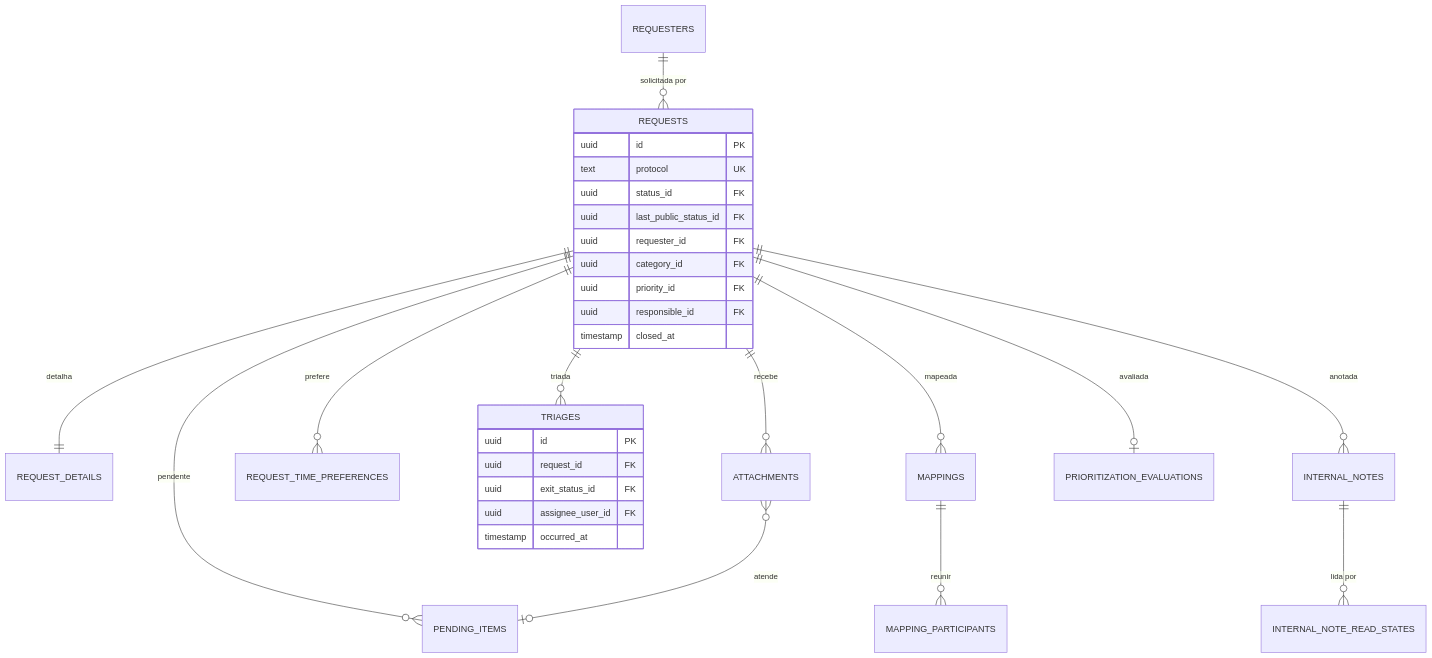
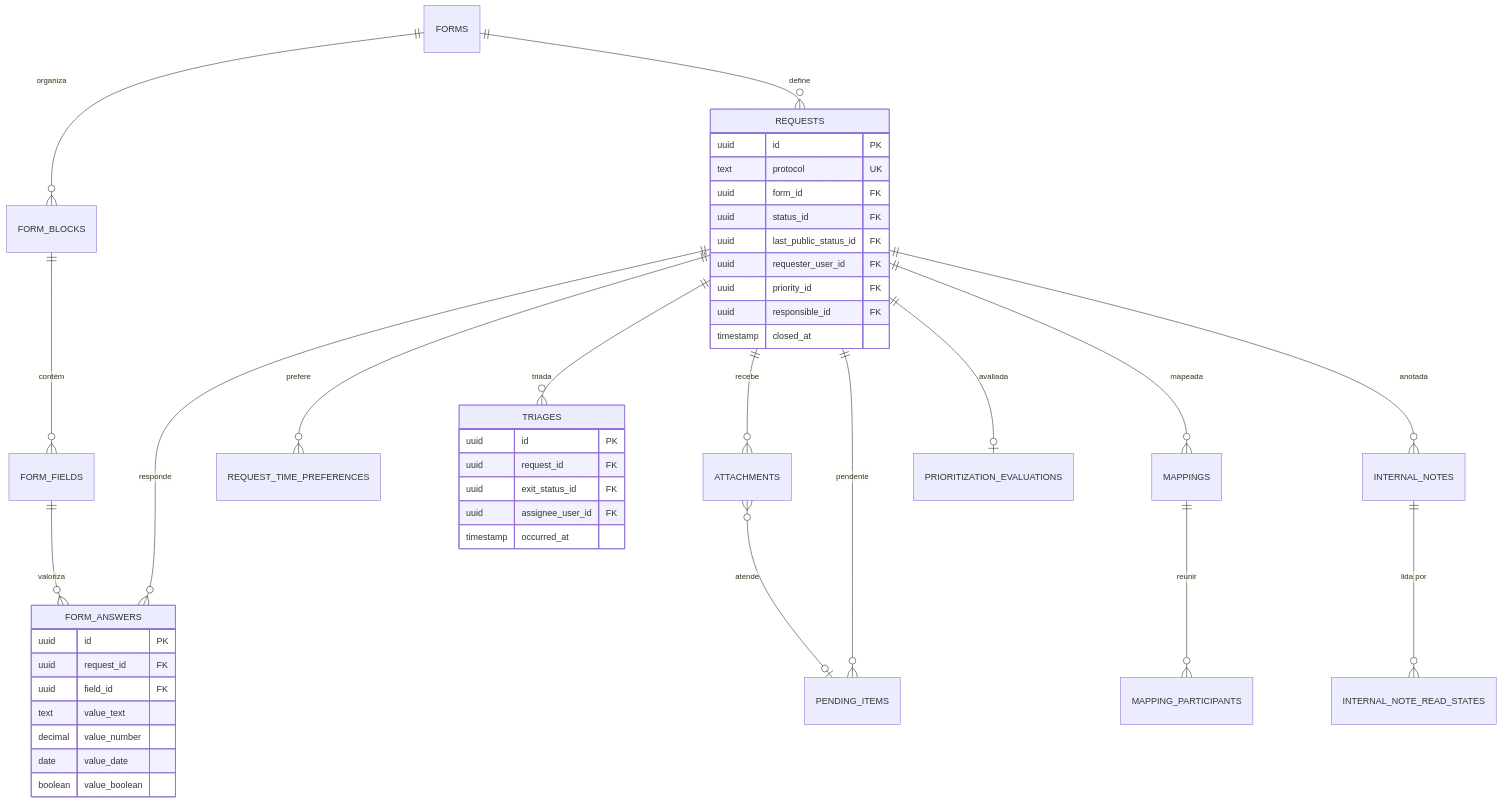
The first of 3 diagrams in docs/03-Data-Model.md (NEO-Kaizen/backend-novo), drawn with Mermaid before and after one commit. The commit also changed other lines of this file and 6 other files, not shown here.

````diff
--- a/docs/03-Data-Model.md
+++ b/docs/03-Data-Model.md
@@ -231,34 +238,46 @@
 ```mermaid
 erDiagram
-    REQUESTS ||--|| REQUEST_DETAILS : "detalha"
-    REQUESTERS ||--o{ REQUESTS : "solicitada por"
+    FORMS ||--o{ FORM_BLOCKS : "organiza"
+    FORM_BLOCKS ||--o{ FORM_FIELDS : "contém"
+    FORMS ||--o{ REQUESTS : "define"
+    REQUESTS ||--o{ FORM_ANSWERS : "responde"
+    FORM_FIELDS ||--o{ FORM_ANSWERS : "valoriza"
     REQUESTS ||--o{ ATTACHMENTS : "recebe"
     REQUESTS ||--o{ REQUEST_TIME_PREFERENCES : "prefere"
     REQUESTS ||--o{ TRIAGES : "triada"
     REQUESTS ||--o{ MAPPINGS : "mapeada"
     REQUESTS ||--o{ PENDING_ITEMS : "pendente"
     REQUESTS ||--o{ INTERNAL_NOTES : "anotada"
     REQUESTS ||--o| PRIORITIZATION_EVALUATIONS : "avaliada"
     MAPPINGS ||--o{ MAPPING_PARTICIPANTS : "reunir"
     INTERNAL_NOTES ||--o{ INTERNAL_NOTE_READ_STATES : "lida por"
     ATTACHMENTS }o--o| PENDING_ITEMS : "atende"
 
     REQUESTS {
         uuid id PK
         text protocol UK
+        uuid form_id FK
         uuid status_id FK
         uuid last_public_status_id FK
-        uuid requester_id FK
-        uuid category_id FK
+        uuid requester_user_id FK
         uuid priority_id FK
         uuid responsible_id FK
         timestamp closed_at
+    }
+    FORM_ANSWERS {
+        uuid id PK
+        uuid request_id FK
+        uuid field_id FK
+        text value_text
+        decimal value_number
+        date value_date
+        boolean value_boolean
     }
     TRIAGES {
         uuid id PK
         uuid request_id FK
         uuid exit_status_id FK
         uuid assignee_user_id FK
         timestamp occurred_at
     }
 ```
````
